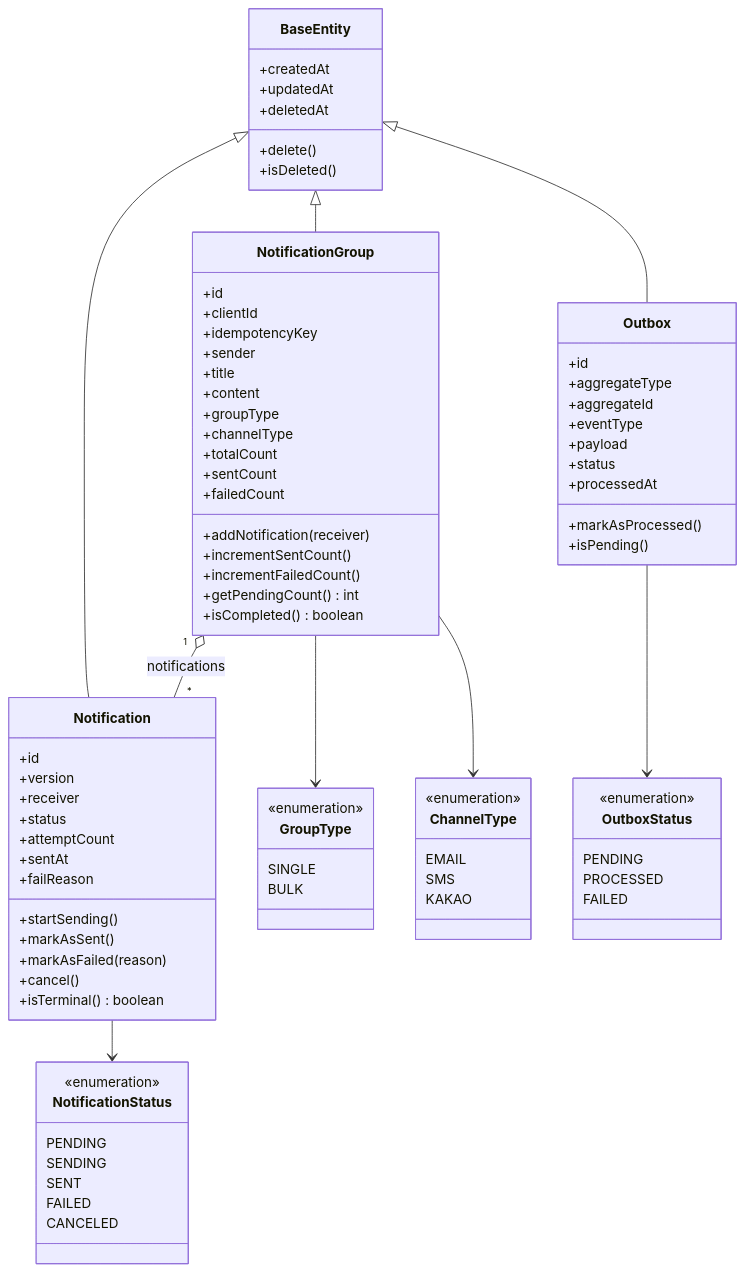
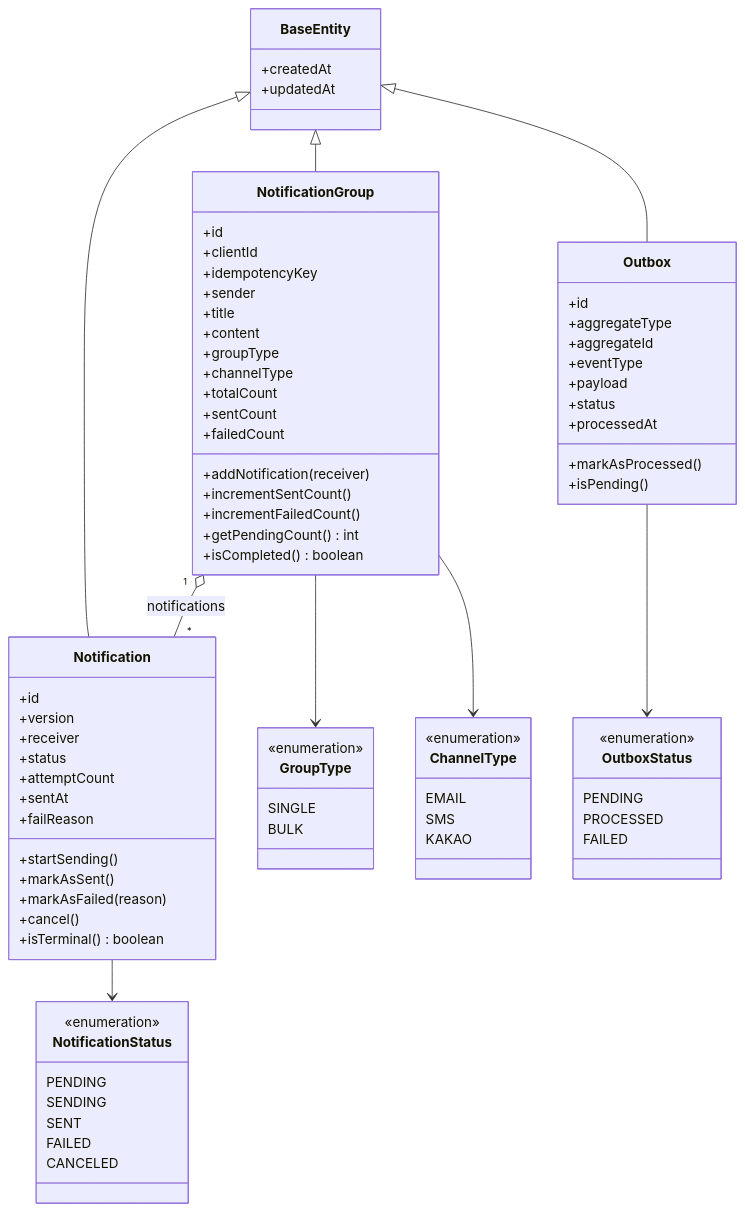
One commit to yht0827/notification-dispatcher changed the second of 4 diagrams in docs/03-class-diagrams.md. Above: the diagram before and after it, drawn with Mermaid. The commit also changed other lines of this file and 32 other files, not shown here.

```diff
--- a/docs/03-class-diagrams.md
+++ b/docs/03-class-diagrams.md
@@ -96,9 +93,6 @@
     class BaseEntity {
       +createdAt
       +updatedAt
-      +deletedAt
-      +delete()
-      +isDeleted()
     }
 
     class NotificationGroup {
```
